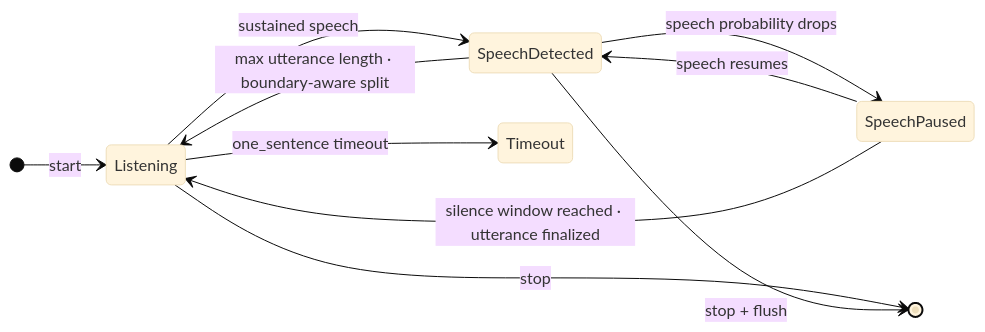
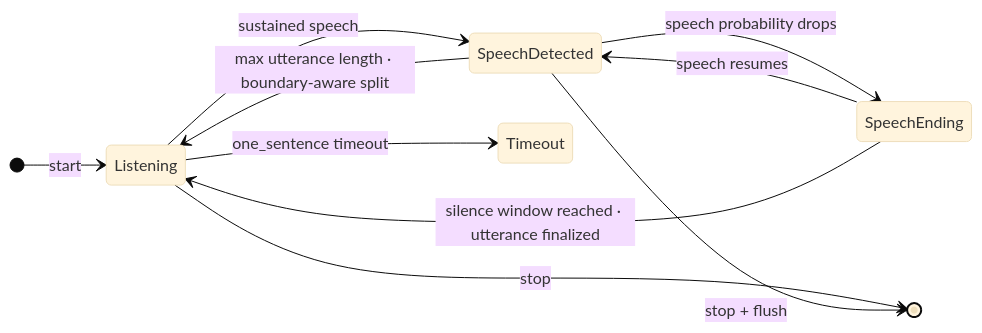
One commit to brittain9/obsidian-local-speech-to-text changed the fifth of 7 diagrams in docs/architecture/system-architecture.md. Above: the diagram before and after it, drawn with Mermaid (base theme). The commit also changed other lines of this file and 15 other files, not shown here.

First line of the commit message:
feat: dictation UX v2 — flush caret, stable processing, speech_ending rename

````diff
--- a/docs/architecture/system-architecture.md
+++ b/docs/architecture/system-architecture.md
@@ -193,14 +193,14 @@
 ```mermaid
 stateDiagram-v2
     direction LR
 
     [*] --> Listening : start
     Listening --> SpeechDetected : sustained speech
-    SpeechDetected --> SpeechPaused : speech probability drops
-    SpeechPaused --> SpeechDetected : speech resumes
-    SpeechPaused --> Listening : silence window reached · utterance finalized
+    SpeechDetected --> SpeechEnding : speech probability drops
+    SpeechEnding --> SpeechDetected : speech resumes
+    SpeechEnding --> Listening : silence window reached · utterance finalized
     SpeechDetected --> Listening : max utterance length · boundary-aware split
     Listening --> [*] : stop
     SpeechDetected --> [*] : stop + flush
     Listening --> Timeout : one_sentence timeout
 ```
````
